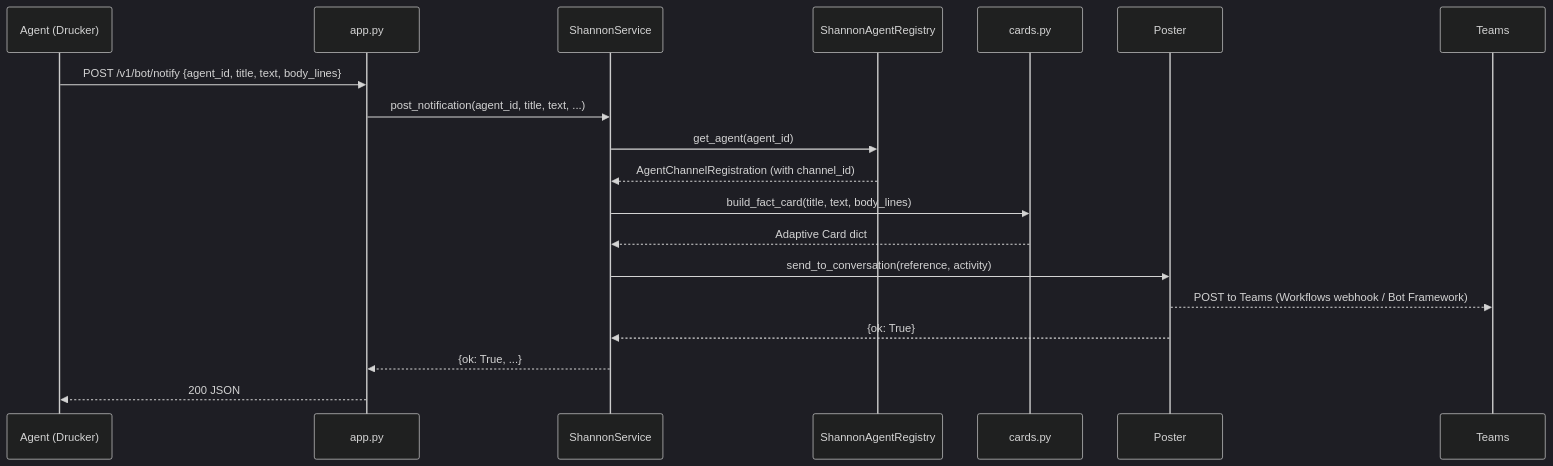
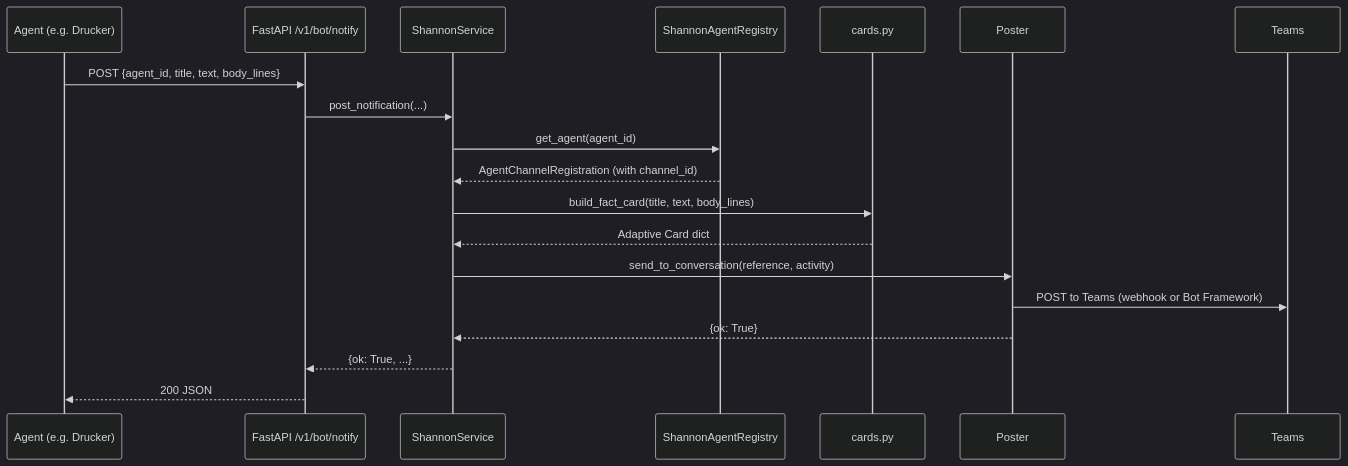
One commit to jmac-cornelis/agent-workforce changed the fourth of 4 diagrams in docs/shannon.md. Above: the diagram before and after it, drawn with Mermaid (dark theme). The commit also changed other lines of this file and 8 other files, not shown here.

````diff
--- a/docs/shannon.md
+++ b/docs/shannon.md
@@ -149,22 +106,22 @@
 ```mermaid
 sequenceDiagram
-    participant AG as Agent (Drucker)
-    participant A as app.py
+    participant AG as Agent (e.g. Drucker)
+    participant A as FastAPI /v1/bot/notify
     participant S as ShannonService
     participant R as ShannonAgentRegistry
     participant C as cards.py
     participant P as Poster
     participant T as Teams
 
-    AG->>A: POST /v1/bot/notify {agent_id, title, text, body_lines}
-    A->>S: post_notification(agent_id, title, text, ...)
+    AG->>A: POST {agent_id, title, text, body_lines}
+    A->>S: post_notification(...)
     S->>R: get_agent(agent_id)
     R-->>S: AgentChannelRegistration (with channel_id)
     S->>C: build_fact_card(title, text, body_lines)
     C-->>S: Adaptive Card dict
     S->>P: send_to_conversation(reference, activity)
-    P-->>T: POST to Teams (Workflows webhook / Bot Framework)
+    P->>T: POST to Teams (webhook or Bot Framework)
     P-->>S: {ok: True}
     S-->>A: {ok: True, ...}
     A-->>AG: 200 JSON
 ```
````
